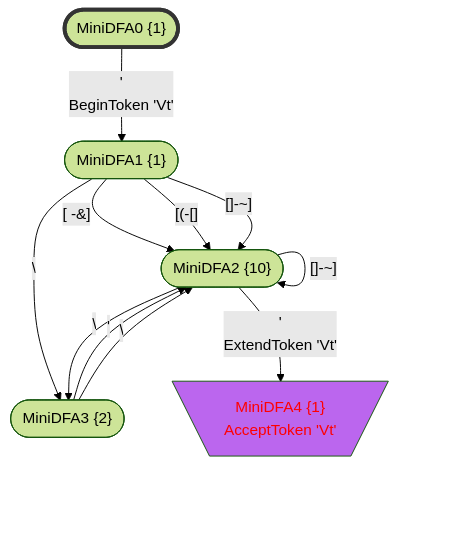
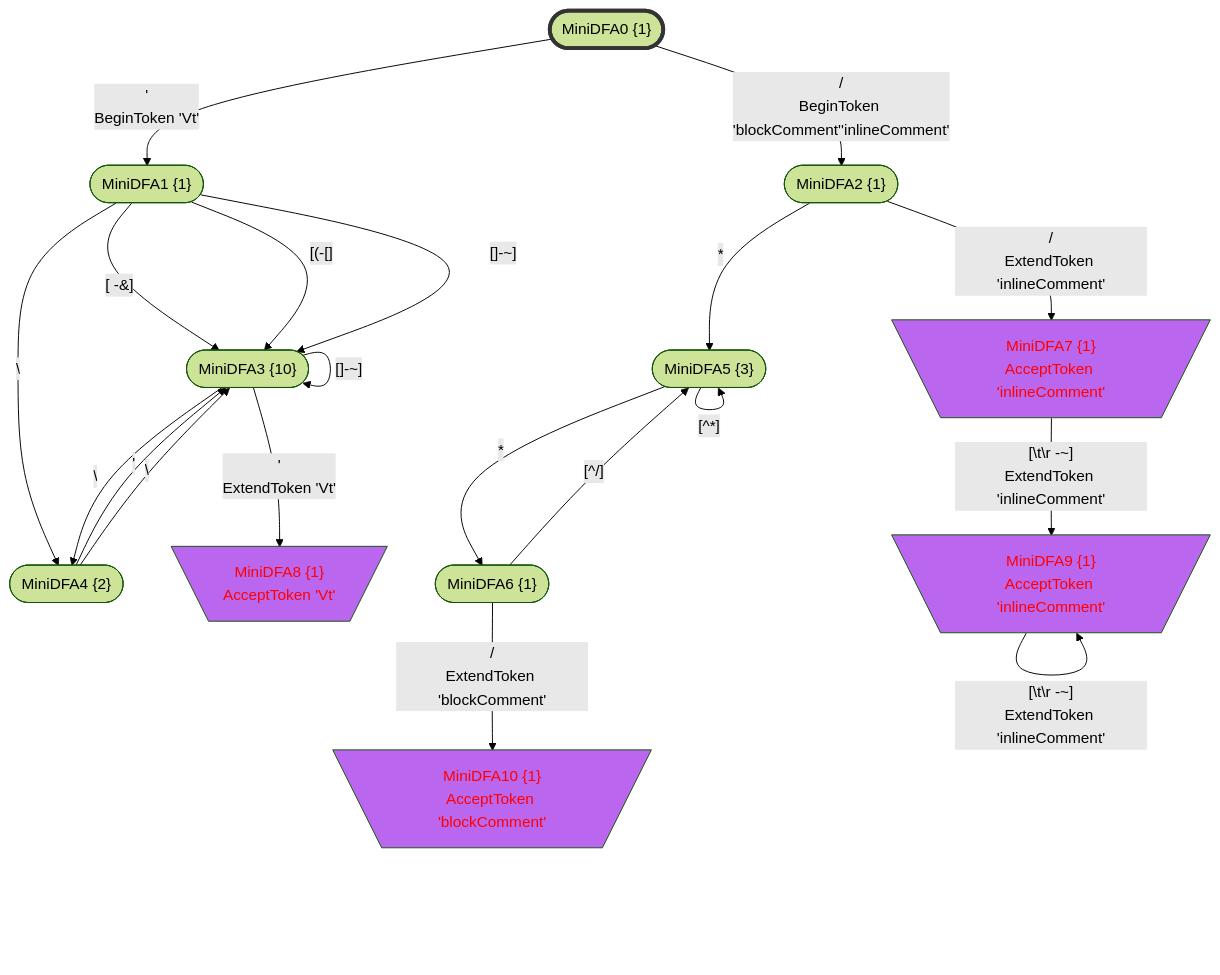
Before and after one commit to bitzhuwei/GrammarMentor: the seventh of 7 diagrams in Practices/Practice.GeneratedXxxFormat.Test/GeneratedV/doc/LexicalStates.gen.md, drawn with Mermaid (forest theme). The commit also changed other lines of this file and 3868 other files, not shown here.

````diff
--- a/Practices/Practice.GeneratedXxxFormat.Test/GeneratedV/doc/LexicalStates.gen.md
+++ b/Practices/Practice.GeneratedXxxFormat.Test/GeneratedV/doc/LexicalStates.gen.md
@@ -908,40 +1341,66 @@
 ```Mermaid
 flowchart
 classDef c0001 color:#FF0000;
 classDef c0010 stroke-dasharray: 10 10;
 classDef c0011 stroke-dasharray: 10 10,color:#FF0000;
 classDef c0100 fill:#BB66EE;
 classDef c0101 fill:#BB66EE,color:#FF0000;
 classDef c0110 fill:#BB66EE,stroke-dasharray: 10 10;
 classDef c0111 fill:#BB66EE,stroke-dasharray: 10 10,color:#FF0000;
 classDef c1000 stroke:#333,stroke-width:4px;
 classDef c1001 stroke:#333,stroke-width:4px,color:#FF0000;
 classDef c1010 stroke:#333,stroke-width:4px,stroke-dasharray: 10 10;
 classDef c1011 stroke:#333,stroke-width:4px,stroke-dasharray: 10 10,color:#FF0000;
 classDef c1100 stroke:#333,stroke-width:4px,fill:#BB66EE;
 classDef c1101 stroke:#333,stroke-width:4px,fill:#BB66EE,color:#FF0000;
 classDef c1110 stroke:#333,stroke-width:4px,fill:#BB66EE,stroke-dasharray: 10 10;
 classDef c1111 stroke:#333,stroke-width:4px,fill:#BB66EE,stroke-dasharray: 10 10,color:#FF0000;
-MiniDFA0_1740461546(["MiniDFA0 {1}"])
-class MiniDFA0_1740461546 c1000;
-MiniDFA1_-1385219186(["MiniDFA1 {1}"])
-MiniDFA2_-2007315536(["MiniDFA2 {10}"])
-MiniDFA3_-252344200(["MiniDFA3 {2}"])
-MiniDFA4_-1507456198[\"MiniDFA4 {1}
+MiniDFA0_-167276511(["MiniDFA0 {1}"])
+class MiniDFA0_-167276511 c1000;
+MiniDFA1_-1726103805(["MiniDFA1 {1}"])
+MiniDFA2_-455443324(["MiniDFA2 {1}"])
+MiniDFA3_233301716(["MiniDFA3 {10}"])
+MiniDFA4_130157675(["MiniDFA4 {2}"])
+MiniDFA5_2143378522(["MiniDFA5 {3}"])
+MiniDFA7_-1098229020[\"MiniDFA7 {1}
+AcceptToken 'inlineComment'"/]
+class MiniDFA7_-1098229020 c0101;
+MiniDFA8_-1042464762[\"MiniDFA8 {1}
 AcceptToken 'Vt'"/]
-class MiniDFA4_-1507456198 c0101;
-MiniDFA0_1740461546 -->|"'
-BeginToken 'Vt'"|MiniDFA1_-1385219186
-MiniDFA1_-1385219186 -->|"[#32;-&]"|MiniDFA2_-2007315536
-MiniDFA1_-1385219186 -->|"#92;"|MiniDFA3_-252344200
-MiniDFA1_-1385219186 -->|"[(-[]"|MiniDFA2_-2007315536
-MiniDFA1_-1385219186 -->|"[]-~]"|MiniDFA2_-2007315536
-MiniDFA2_-2007315536 -->|"[#32;-&]"|MiniDFA2_-2007315536
-MiniDFA2_-2007315536 -->|"#92;"|MiniDFA3_-252344200
-MiniDFA2_-2007315536 -->|"[(-[]"|MiniDFA2_-2007315536
-MiniDFA2_-2007315536 -->|"[]-~]"|MiniDFA2_-2007315536
-MiniDFA2_-2007315536 -->|"'
-ExtendToken 'Vt'"|MiniDFA4_-1507456198
-MiniDFA3_-252344200 -->|"'"|MiniDFA2_-2007315536
-MiniDFA3_-252344200 -->|"#92;"|MiniDFA2_-2007315536
+class MiniDFA8_-1042464762 c0101;
+MiniDFA6_-1206441414(["MiniDFA6 {1}"])
+MiniDFA9_-1517473471[\"MiniDFA9 {1}
+AcceptToken 'inlineComment'"/]
+class MiniDFA9_-1517473471 c0101;
+MiniDFA10_632201962[\"MiniDFA10 {1}
+AcceptToken 'blockComment'"/]
+class MiniDFA10_632201962 c0101;
+MiniDFA0_-167276511 -->|"'
+BeginToken 'Vt'"|MiniDFA1_-1726103805
+MiniDFA0_-167276511 -->|"/
+BeginToken 'blockComment''inlineComment'"|MiniDFA2_-455443324
+MiniDFA1_-1726103805 -->|"[#32;-&]"|MiniDFA3_233301716
+MiniDFA1_-1726103805 -->|"#92;"|MiniDFA4_130157675
+MiniDFA1_-1726103805 -->|"[(-[]"|MiniDFA3_233301716
+MiniDFA1_-1726103805 -->|"[]-~]"|MiniDFA3_233301716
+MiniDFA2_-455443324 -->|"*"|MiniDFA5_2143378522
+MiniDFA2_-455443324 -->|"/
+ExtendToken 'inlineComment'"|MiniDFA7_-1098229020
+MiniDFA3_233301716 -->|"[#32;-&]"|MiniDFA3_233301716
+MiniDFA3_233301716 -->|"#92;"|MiniDFA4_130157675
+MiniDFA3_233301716 -->|"[(-[]"|MiniDFA3_233301716
+MiniDFA3_233301716 -->|"[]-~]"|MiniDFA3_233301716
+MiniDFA3_233301716 -->|"'
+ExtendToken 'Vt'"|MiniDFA8_-1042464762
+MiniDFA4_130157675 -->|"'"|MiniDFA3_233301716
+MiniDFA4_130157675 -->|"#92;"|MiniDFA3_233301716
+MiniDFA5_2143378522 -->|"[^*]"|MiniDFA5_2143378522
+MiniDFA5_2143378522 -->|"*"|MiniDFA6_-1206441414
+MiniDFA7_-1098229020 -->|"[#92;t#92;r#32;-~]
+ExtendToken 'inlineComment'"|MiniDFA9_-1517473471
+MiniDFA6_-1206441414 -->|"[^/]"|MiniDFA5_2143378522
+MiniDFA6_-1206441414 -->|"/
+ExtendToken 'blockComment'"|MiniDFA10_632201962
+MiniDFA9_-1517473471 -->|"[#92;t#92;r#32;-~]
+ExtendToken 'inlineComment'"|MiniDFA9_-1517473471
 ```
````
